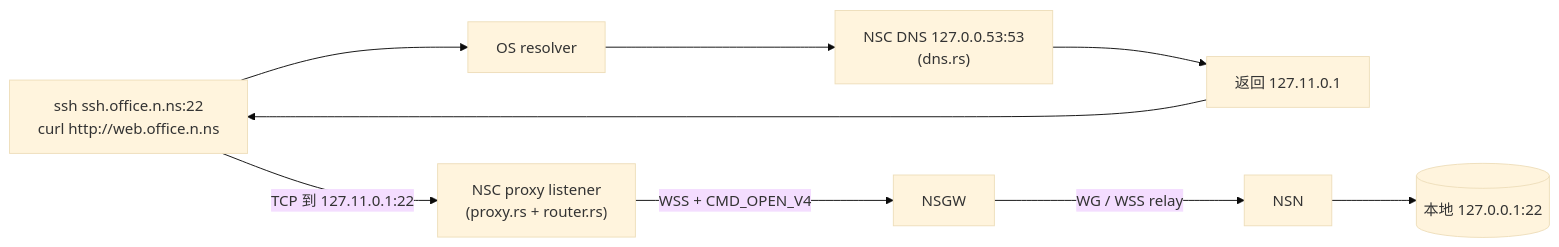
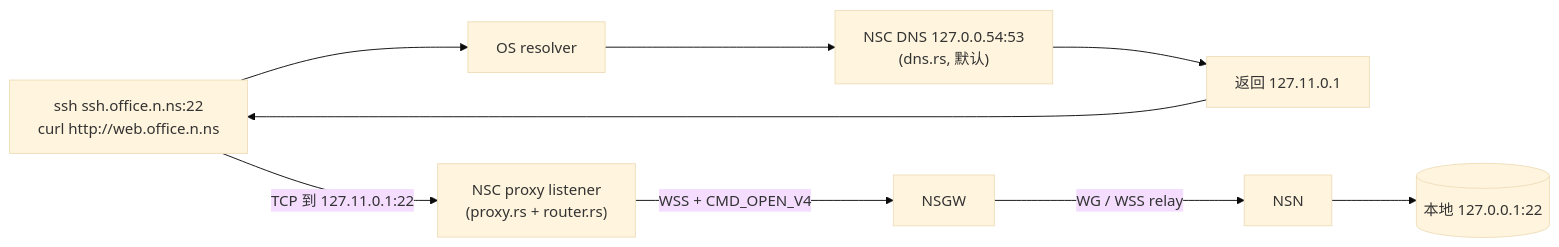
One commit to nsiod/docs changed the diagram in docs/06-nsc-client/index.md. Above: the diagram before and after it, drawn with Mermaid (base theme). The commit also changed other lines of this file and 8 other files, not shown here.

First line of the commit message:
docs(nsc): change default DNS listener to 127.0.0.54:53 to avoid systemd-resolved

````diff
--- a/docs/06-nsc-client/index.md
+++ b/docs/06-nsc-client/index.md
@@ -47,11 +47,11 @@
 ```mermaid
 flowchart LR
   APP["ssh ssh.office.n.ns:22<br/>curl http://web.office.n.ns"] --> OS[OS resolver]
-  OS --> DNS["NSC DNS 127.0.0.53:53<br/>(dns.rs)"]
+  OS --> DNS["NSC DNS 127.0.0.54:53<br/>(dns.rs, 默认)"]
   DNS --> VIP["返回 127.11.0.1"]
   VIP --> APP
   APP -- "TCP 到 127.11.0.1:22" --> LST["NSC proxy listener<br/>(proxy.rs + router.rs)"]
   LST -- "WSS + CMD_OPEN_V4" --> GW[NSGW]
   GW -- "WG / WSS relay" --> NSN[NSN]
   NSN --> SVC[("本地 127.0.0.1:22")]
 ```
````
